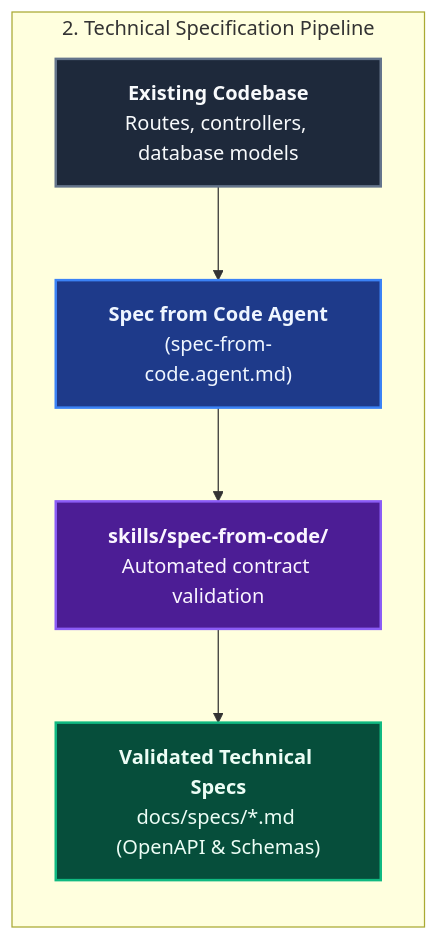
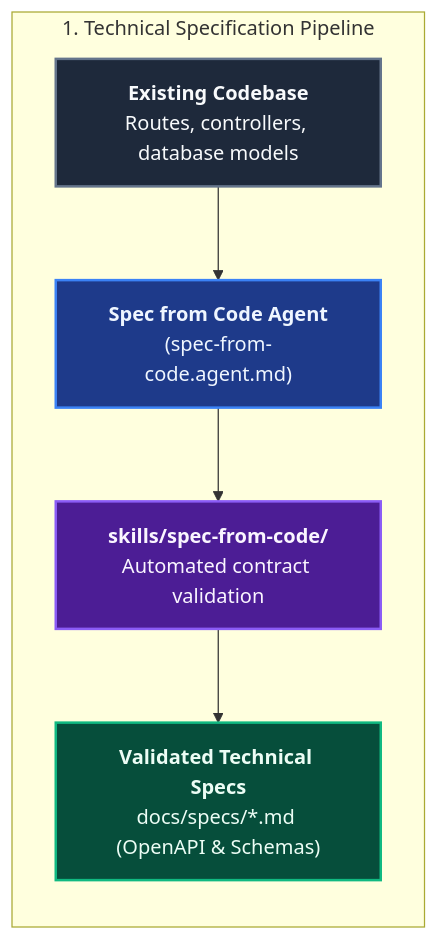
The first of 2 diagrams in website/docs/guide/domain-docs.md (ALTEN-group/coding-pal), drawn with Mermaid before and after one commit. The commit also changed other lines of this file and 8 other files, not shown here.

````diff
--- a/website/docs/guide/domain-docs.md
+++ b/website/docs/guide/domain-docs.md
@@ -56,26 +14,26 @@
 ```mermaid
 ---
 caption: Technical Specification Pipeline (spec-from-code)
 ---
 flowchart TD
-    subgraph SpecTrack ["2. Technical Specification Pipeline"]
+    subgraph SpecTrack ["1. Technical Specification Pipeline"]
         direction TB
         CODE["<b>Existing Codebase</b><br/>Routes, controllers, database models"]
         AG_SPEC["<b>Spec from Code Agent</b><br/>(spec-from-code.agent.md)"]
         VAL_SPEC["<b>skills/spec-from-code/</b><br/>Automated contract validation"]
         SPEC_OUT["<b>Validated Technical Specs</b><br/>docs/specs/*.md (OpenAPI & Schemas)"]
 
         CODE --> AG_SPEC
         AG_SPEC --> VAL_SPEC --> SPEC_OUT
     end
 
     classDef agent fill:#1e3a8a,stroke:#3b82f6,stroke-width:2px,color:#eff6ff;
     classDef skill fill:#4c1d95,stroke:#8b5cf6,stroke-width:2px,color:#faf5ff;
     classDef verify fill:#064e3b,stroke:#10b981,stroke-width:2px,color:#ecfdf5;
     classDef input fill:#1e293b,stroke:#64748b,stroke-width:2px,color:#f8fafc;
 
     class AG_SPEC agent;
     class VAL_SPEC skill;
     class CODE input;
     class SPEC_OUT verify;
 ```
````
